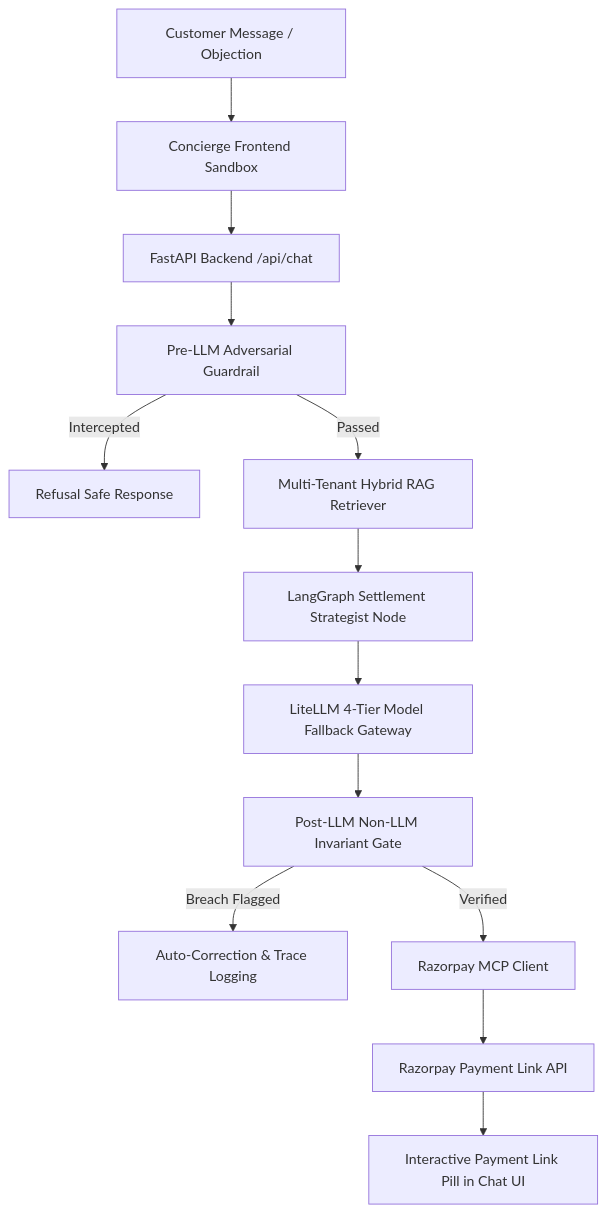
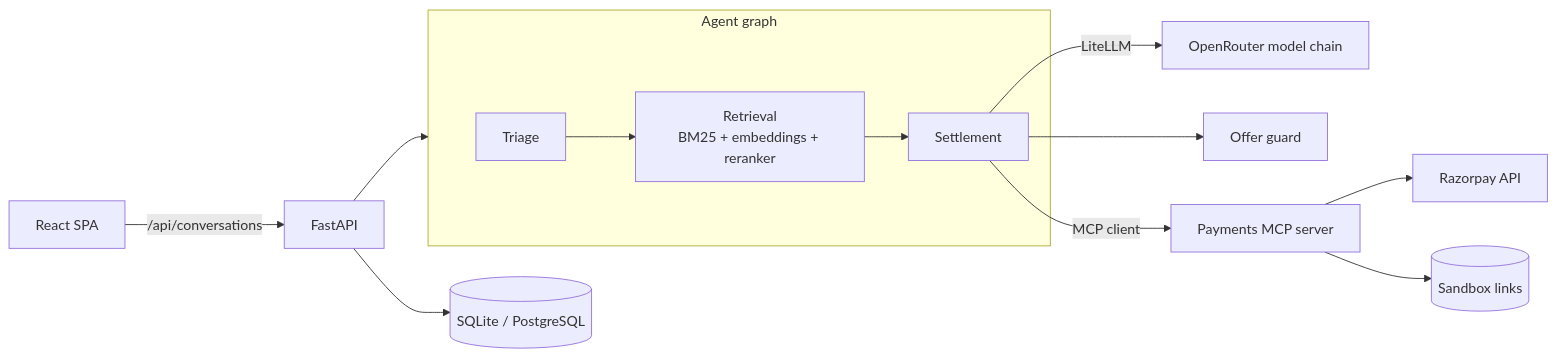
Before and after one commit to ShriHarieVigneshRD/AutonomePay: the diagram in README.md, drawn with Mermaid. The commit also changed other lines of this file and 2 other files, not shown here.

````diff
--- a/README.md
+++ b/README.md
@@ -42,15 +46,14 @@
 ```mermaid
-graph TD
-    A[Customer Message / Objection] --> B[Concierge Frontend Sandbox]
-    B --> C[FastAPI Backend /api/chat]
-    C --> D[Pre-LLM Adversarial Guardrail]
-    D -- Intercepted --> E[Refusal Safe Response]
-    D -- Passed --> F[Multi-Tenant Hybrid RAG Retriever]
-    F --> G[LangGraph Settlement Strategist Node]
-    G --> H[LiteLLM 4-Tier Model Fallback Gateway]
-    H --> I[Post-LLM Non-LLM Invariant Gate]
-    I -- Breach Flagged --> J[Auto-Correction & Trace Logging]
-    I -- Verified --> K[Razorpay MCP Client]
-    K --> L[Razorpay Payment Link API]
-    L --> M[Interactive Payment Link Pill in Chat UI]
+graph LR
+  UI[React SPA] -->|/api/conversations| API[FastAPI]
+  API --> G[LangGraph]
+  subgraph G[Agent graph]
+    T[Triage] --> R[Retrieval<br/>BM25 + embeddings + reranker] --> S[Settlement]
+  end
+  S -->|LiteLLM| LLM[OpenRouter model chain]
+  S --> OG[Offer guard]
+  S -->|MCP client| MCP[Payments MCP server]
+  MCP --> RZ[Razorpay API]
+  MCP --> SB[(Sandbox links)]
+  API --> DB[(SQLite / PostgreSQL)]
 ```
````
